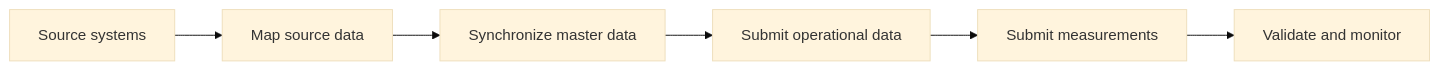
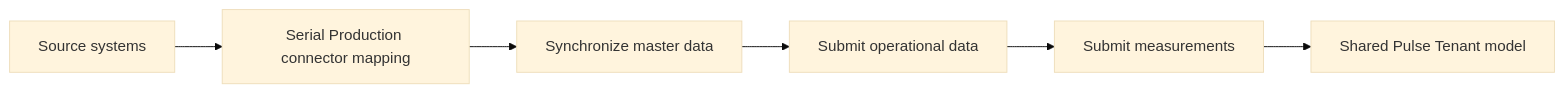
One commit to Tom-PIT/TomPIT.Pulse.Connector changed the diagram in docs/integration/index.md. Above: the diagram before and after it, drawn with Mermaid (base theme). The commit also changed other lines of this file and 1 other file, not shown here.

Commit message:
docs: updates to index files because of Model change

````diff
--- a/docs/integration/index.md
+++ b/docs/integration/index.md
@@ -9,8 +11,8 @@
 ```mermaid
 graph LR
-  A[Source systems] --> B[Map source data]
+  A[Source systems] --> B[Serial Production connector mapping]
   B --> C[Synchronize master data]
   C --> D[Submit operational data]
   D --> E[Submit measurements]
-  E --> F[Validate and monitor]
+  E --> F[Shared Pulse Tenant model]
 ```
````
